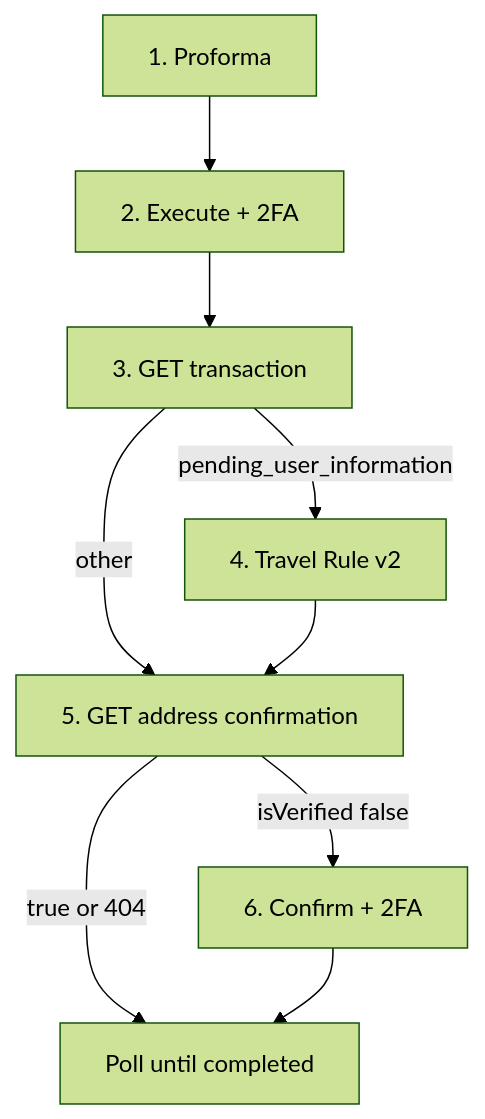
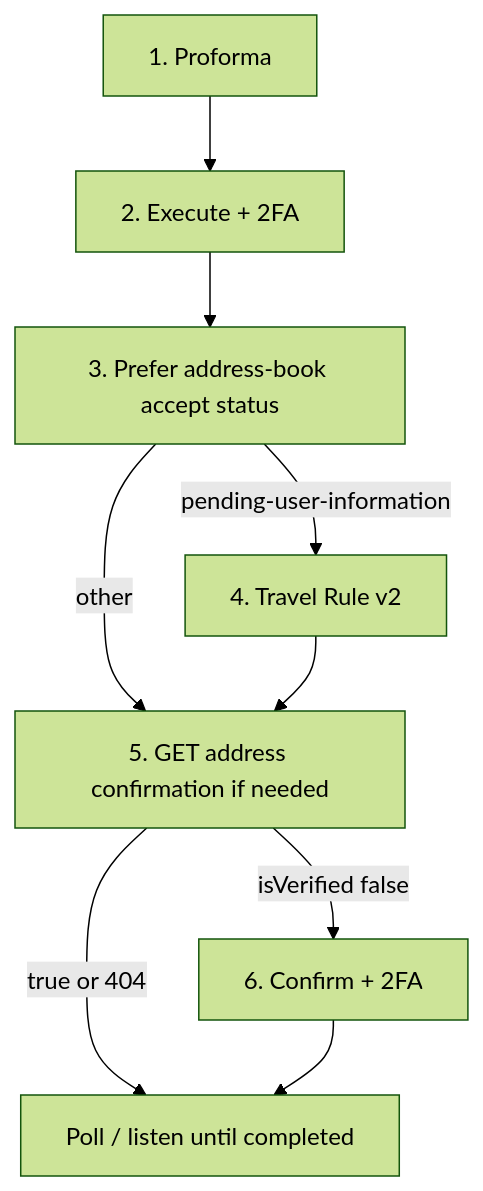
The diagram in partner/withdrawals-wallet.mdx (api-commits/docs), drawn with Mermaid (forest theme) before and after one commit. The commit also changed other lines of this file and 38 other files, not shown here.

First line of the commit message:
Fix product switcher, Travel Rule copy, and OpenAPI sample bugs.

````diff
--- a/partner/withdrawals-wallet.mdx
+++ b/partner/withdrawals-wallet.mdx
@@ -19,11 +21,11 @@
 ```mermaid
 flowchart TD
   A[1. Proforma] --> B[2. Execute + 2FA]
-  B --> C[3. GET transaction]
-  C -->|pending_user_information| D[4. Travel Rule v2]
-  C -->|other| E[5. GET address confirmation]
+  B --> C[3. Prefer address-book accept status]
+  C -->|pending-user-information| D[4. Travel Rule v2]
+  C -->|other| E[5. GET address confirmation if needed]
   D --> E
   E -->|isVerified false| F[6. Confirm + 2FA]
-  E -->|true or 404| G[Poll until completed]
+  E -->|true or 404| G[Poll / listen until completed]
   F --> G
 ```
````
